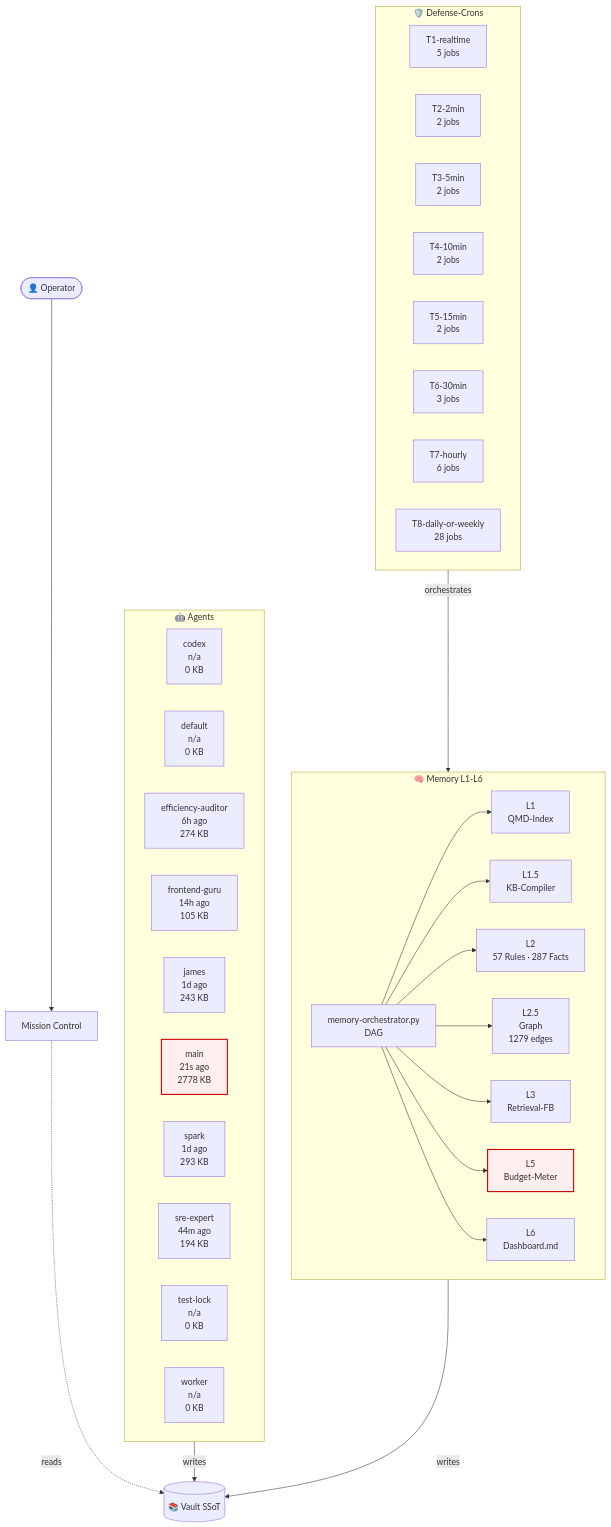
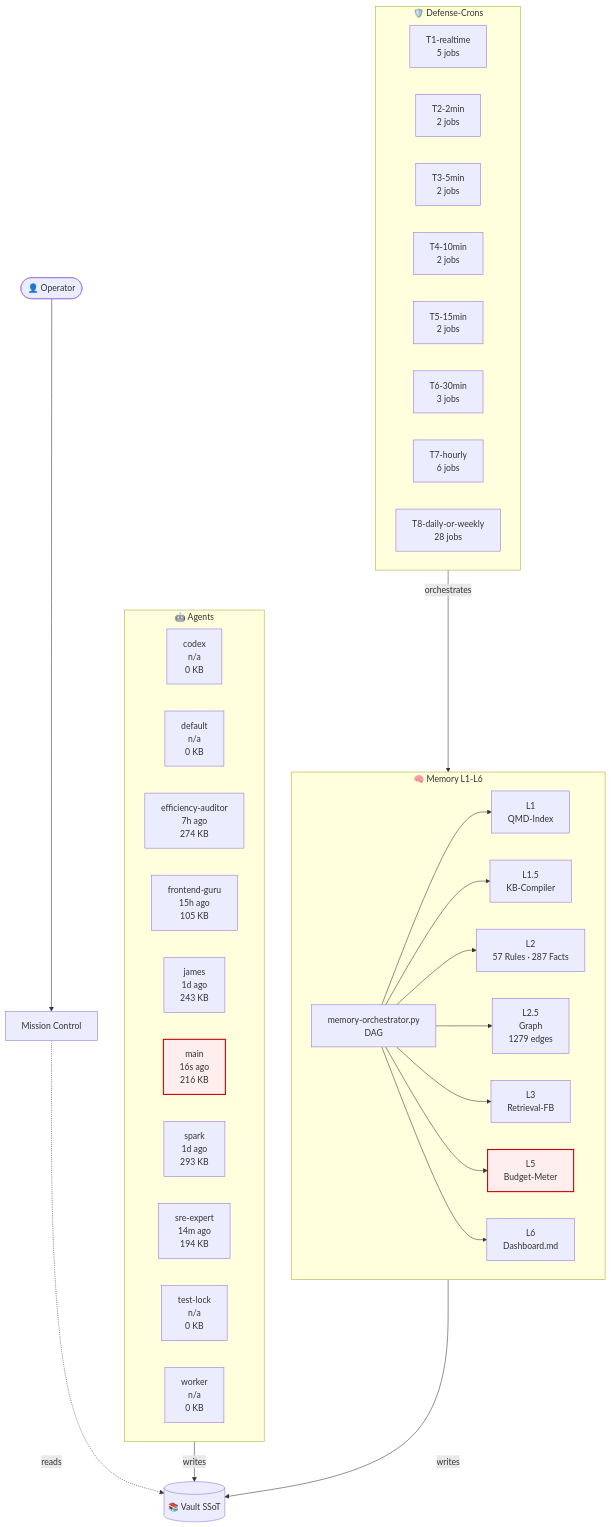
Before and after one commit to lenardhuebner88-rgb/openclaw-memory: the diagram in 03-Agents/architecture-live.md, drawn with Mermaid. The commit also changed other lines of this file and 14 other files, not shown here.

````diff
--- a/03-Agents/architecture-live.md
+++ b/03-Agents/architecture-live.md
@@ -18,53 +18,53 @@
 ```mermaid
 flowchart TB
     classDef critical fill:#fee,stroke:#c00,stroke-width:2px;
     subgraph AGT["🤖 Agents"]
         agent_codex["codex<br/>n/a<br/>0 KB"]
         agent_default["default<br/>n/a<br/>0 KB"]
-        agent_efficiency_auditor["efficiency-auditor<br/>6h ago<br/>274 KB"]
-        agent_frontend_guru["frontend-guru<br/>14h ago<br/>105 KB"]
+        agent_efficiency_auditor["efficiency-auditor<br/>7h ago<br/>274 KB"]
+        agent_frontend_guru["frontend-guru<br/>15h ago<br/>105 KB"]
         agent_james["james<br/>1d ago<br/>243 KB"]
-        agent_main["main<br/>21s ago<br/>2778 KB"]
+        agent_main["main<br/>16s ago<br/>216 KB"]
         agent_spark["spark<br/>1d ago<br/>293 KB"]
-        agent_sre_expert["sre-expert<br/>44m ago<br/>194 KB"]
+        agent_sre_expert["sre-expert<br/>14m ago<br/>194 KB"]
         agent_test_lock["test-lock<br/>n/a<br/>0 KB"]
         agent_worker["worker<br/>n/a<br/>0 KB"]
     end
     subgraph MEM["🧠 Memory L1-L6"]
         L1["L1<br/>QMD-Index"]
         L15["L1.5<br/>KB-Compiler"]
         L2["L2<br/>57 Rules · 287 Facts"]
         L25["L2.5<br/>Graph<br/>1279 edges"]
         L3["L3<br/>Retrieval-FB"]
         L5["L5<br/>Budget-Meter"]
         L6["L6<br/>Dashboard.md"]
         ORCH["memory-orchestrator.py<br/>DAG"]
     end
     subgraph CRN["🛡️ Defense-Crons"]
         tier_T1_realtime["T1-realtime<br/>5 jobs"]
         tier_T2_2min["T2-2min<br/>2 jobs"]
         tier_T3_5min["T3-5min<br/>2 jobs"]
         tier_T4_10min["T4-10min<br/>2 jobs"]
         tier_T5_15min["T5-15min<br/>2 jobs"]
         tier_T6_30min["T6-30min<br/>3 jobs"]
         tier_T7_hourly["T7-hourly<br/>6 jobs"]
         tier_T8_daily_or_weekly["T8-daily-or-weekly<br/>28 jobs"]
     end
     VAULT[("📚 Vault SSoT")]
     OP([👤 Operator])
     MC["Mission Control"]
     OP --> MC
     MC -.reads.-> VAULT
     AGT -->|writes| VAULT
     MEM -->|writes| VAULT
     ORCH --> L1
     ORCH --> L15
     ORCH --> L2
     ORCH --> L25
     ORCH --> L3
     ORCH --> L5
     ORCH --> L6
     CRN -->|orchestrates| MEM
     class L5 critical
     class agent_main critical
 ```
````
